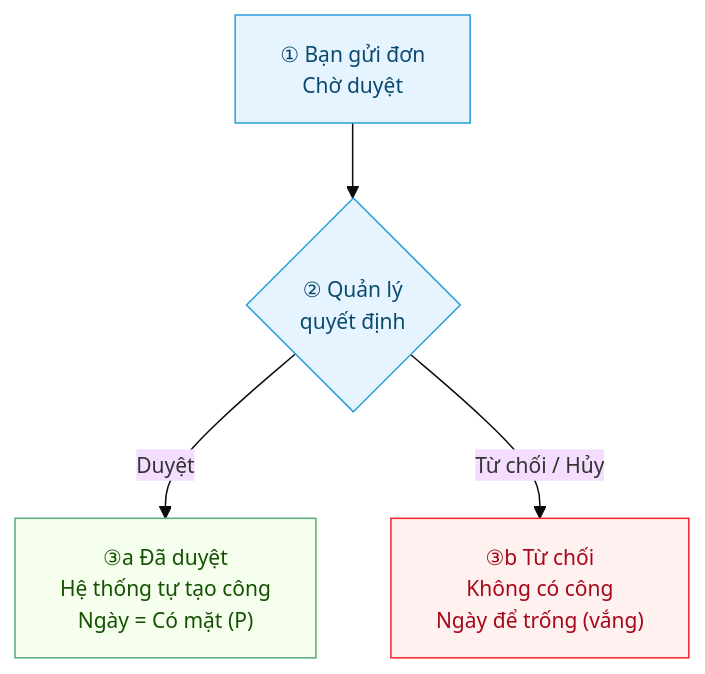
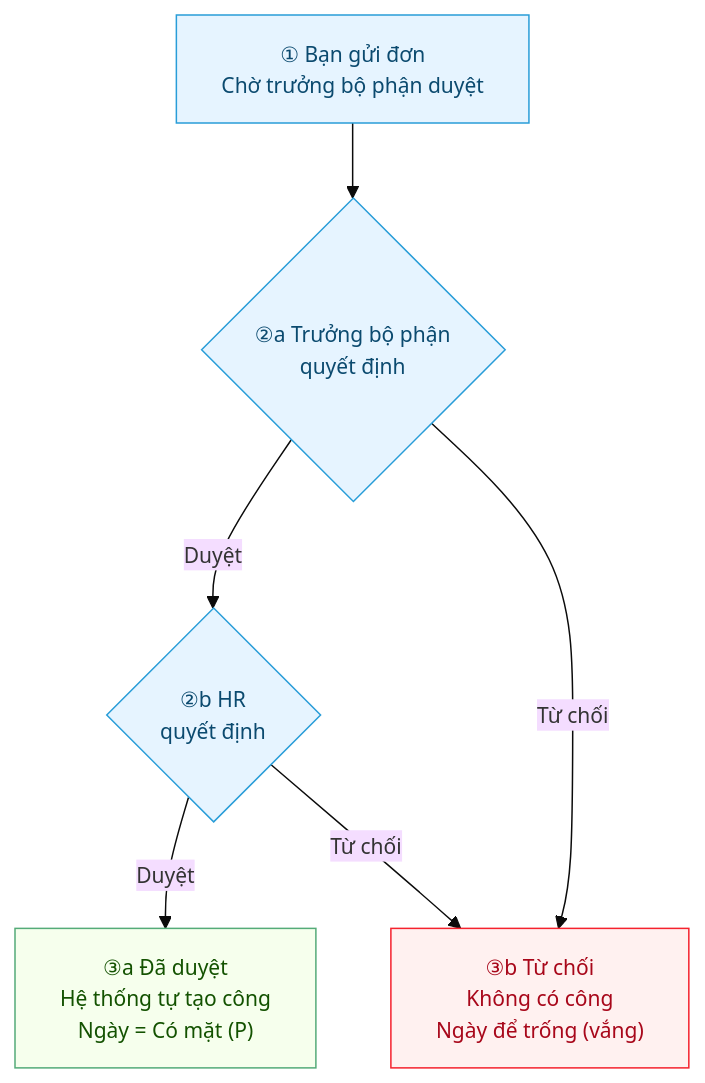
One commit to CobeGroup/cobe_erp_documents changed the second of 2 diagrams in users/Guide-NhanVien-ChamCongNgoai.md. Above: the diagram before and after it, drawn with Mermaid. The commit also changed other lines of this file and 18 other files, not shown here.

````diff
--- a/users/Guide-NhanVien-ChamCongNgoai.md
+++ b/users/Guide-NhanVien-ChamCongNgoai.md
@@ -119,14 +119,16 @@
 ```mermaid
 %%{init:{'theme':'base','themeVariables':{'fontSize':'14px'}}}%%
 flowchart TB
   classDef p fill:#e6f4ff,stroke:#299dd8,color:#0b4a6f;
   classDef g fill:#f6ffed,stroke:#54ab78,color:#135200;
   classDef r fill:#fff1f0,stroke:#f5222d,color:#a8071a;
-  S0["① Bạn gửi đơn<br/>Chờ duyệt"] --> S1{"② Quản lý<br/>quyết định"}
-  S1 -- "Duyệt" --> S2["③a Đã duyệt<br/>Hệ thống tự tạo công<br/>Ngày = Có mặt (P)"]
-  S1 -- "Từ chối / Hủy" --> S3["③b Từ chối<br/>Không có công<br/>Ngày để trống (vắng)"]
+  S0["① Bạn gửi đơn<br/>Chờ trưởng bộ phận duyệt"] --> S1{"②a Trưởng bộ phận<br/>quyết định"}
+  S1 -- "Duyệt" --> S1b{"②b HR<br/>quyết định"}
+  S1b -- "Duyệt" --> S2["③a Đã duyệt<br/>Hệ thống tự tạo công<br/>Ngày = Có mặt (P)"]
+  S1 -- "Từ chối" --> S3["③b Từ chối<br/>Không có công<br/>Ngày để trống (vắng)"]
+  S1b -- "Từ chối" --> S3
   class S0 p
-  class S1 p
+  class S1,S1b p
   class S2 g
   class S3 r
 ```
````
